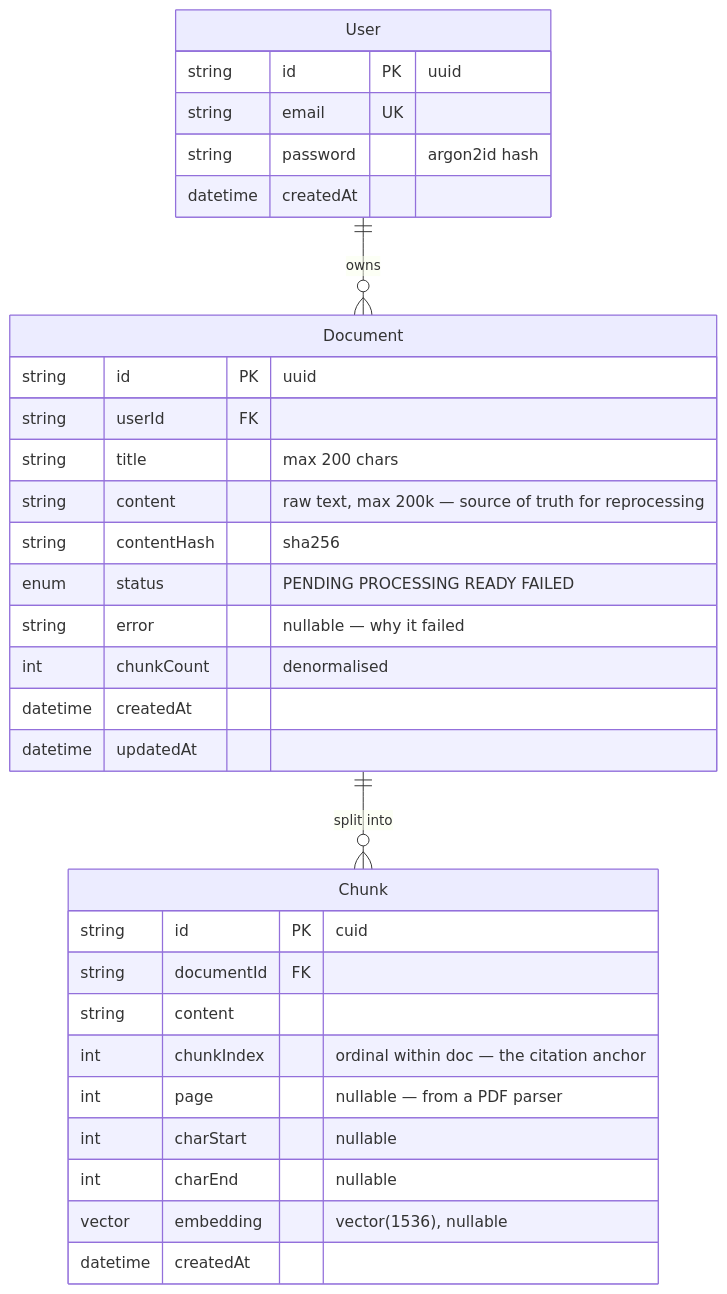
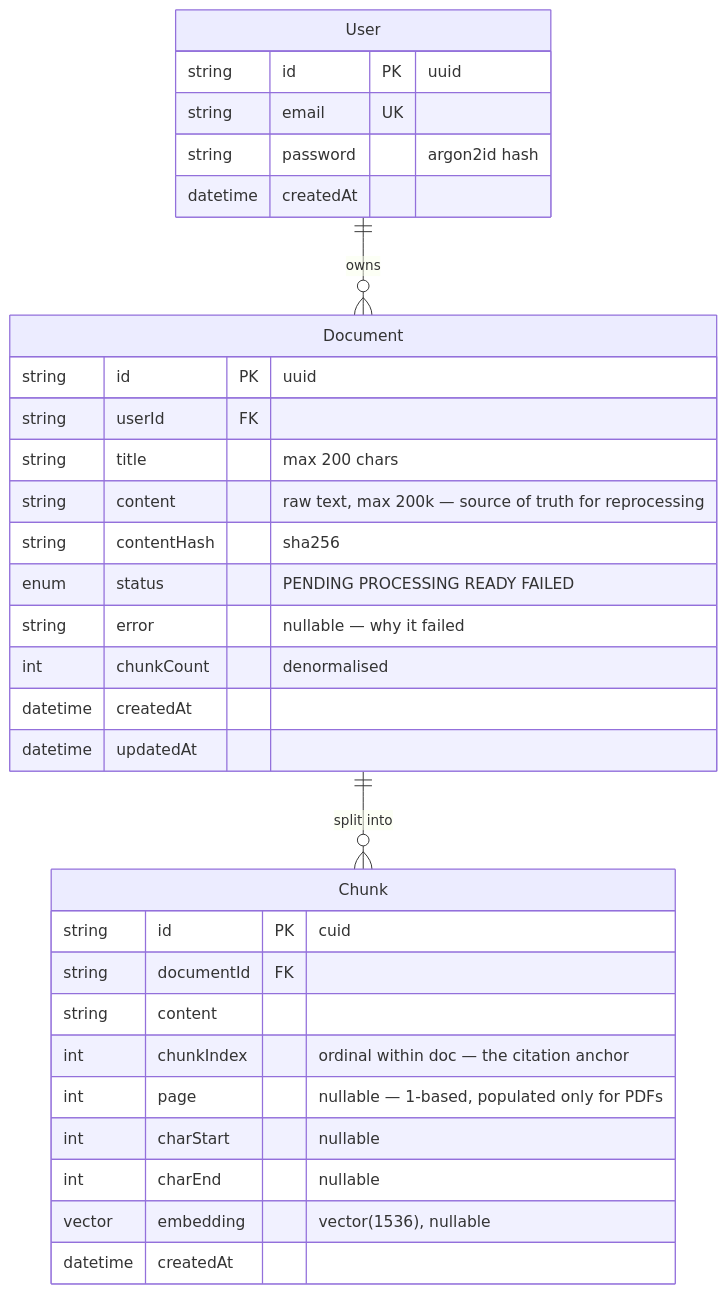
The second of 6 diagrams in docs/lld.md (AbhishekSatyam96/rag-assistant), drawn with Mermaid before and after one commit. The commit also changed other lines of this file and 17 other files, not shown here.

````diff
--- a/docs/lld.md
+++ b/docs/lld.md
@@ -92,35 +102,35 @@
 ```mermaid
 erDiagram
     User ||--o{ Document : owns
     Document ||--o{ Chunk : "split into"
 
     User {
         string id PK "uuid"
         string email UK
         string password "argon2id hash"
         datetime createdAt
     }
     Document {
         string id PK "uuid"
         string userId FK
         string title "max 200 chars"
         string content "raw text, max 200k — source of truth for reprocessing"
         string contentHash "sha256"
         enum status "PENDING PROCESSING READY FAILED"
         string error "nullable — why it failed"
         int chunkCount "denormalised"
         datetime createdAt
         datetime updatedAt
     }
     Chunk {
         string id PK "cuid"
         string documentId FK
         string content
         int chunkIndex "ordinal within doc — the citation anchor"
-        int page "nullable — from a PDF parser"
+        int page "nullable — 1-based, populated only for PDFs"
         int charStart "nullable"
         int charEnd "nullable"
         vector embedding "vector(1536), nullable"
         datetime createdAt
     }
 ```
````
